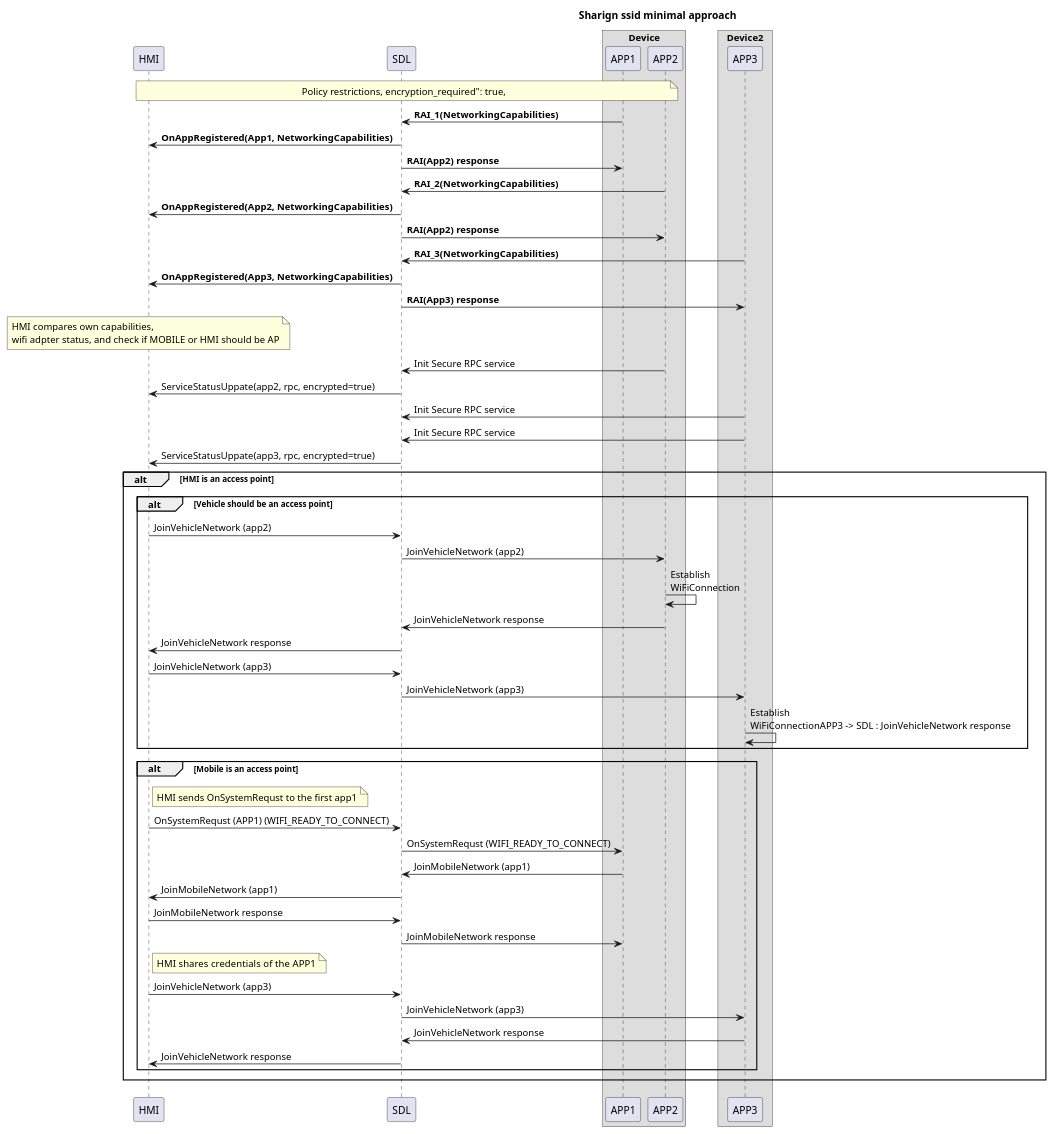
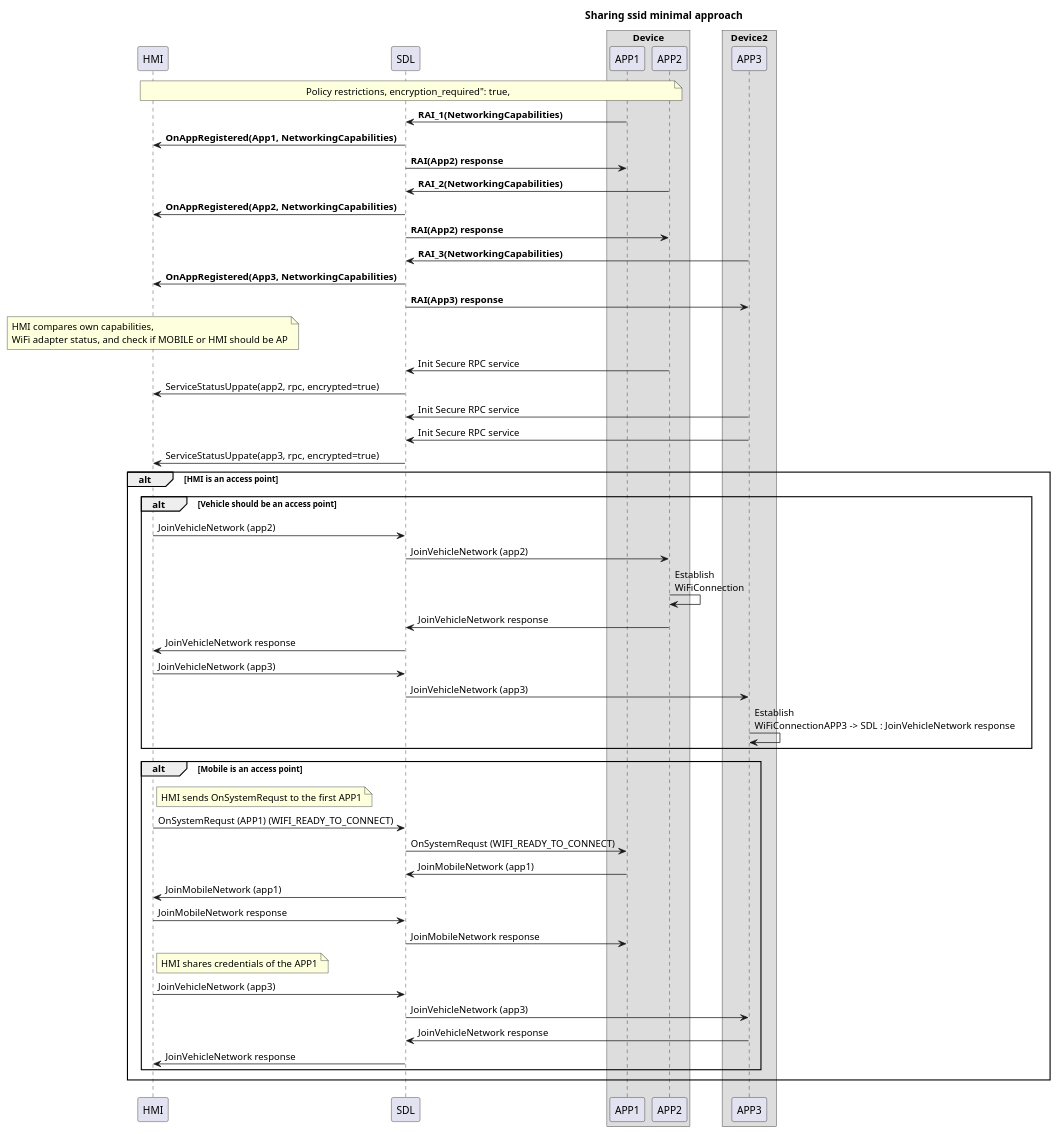
The diagram in assets/proposals/0245-sharing-wifi-ssid-and-password/minimal_approach.puml (smartdevicelink/sdl_evolution), drawn with PlantUML before and after one commit. The commit also changed 8 other files, not shown here.

```diff
--- a/assets/proposals/0245-sharing-wifi-ssid-and-password/minimal_approach.puml
+++ b/assets/proposals/0245-sharing-wifi-ssid-and-password/minimal_approach.puml
@@ -1,63 +1,63 @@
 @startuml
 !pragma teoz true
-title Sharign ssid minimal approach
+title Sharing ssid minimal approach
 participant HMI
 participant SDL
 
 box "Device"
 participant APP1
 participant APP2
 end box
 
 box "Device2"
 participant APP3
 endbox
 
 note over HMI, APP2:  Policy restrictions, encryption_required": true,
 APP1 -> SDL : <b>RAI_1(NetworkingCapabilities)
 SDL -> HMI : <b>OnAppRegistered(App1, NetworkingCapabilities)
 SDL -> APP1 : <b>RAI(App2) response
 APP2 -> SDL : <b>RAI_2(NetworkingCapabilities)
 SDL -> HMI : <b>OnAppRegistered(App2, NetworkingCapabilities)
 SDL -> APP2 : <b>RAI(App2) response
 APP3 -> SDL : <b>RAI_3(NetworkingCapabilities)
 SDL -> HMI : <b>OnAppRegistered(App3, NetworkingCapabilities)
 SDL -> APP3 : <b>RAI(App3) response
 note over HMI : HMI compares own capabilities,\n\
-wifi adpter status, and check if MOBILE or HMI should be AP
+WiFi adapter status, and check if MOBILE or HMI should be AP
 APP2 -> SDL : Init Secure RPC service
 SDL -> HMI : ServiceStatusUppate(app2, rpc, encrypted=true)
 APP3 -> SDL : Init Secure RPC service
 APP3 -> SDL : Init Secure RPC service
 SDL -> HMI : ServiceStatusUppate(app3, rpc, encrypted=true)
 
 alt HMI is an access point
 
 alt Vehicle should be an access point
 HMI -> SDL : JoinVehicleNetwork (app2)
 SDL -> APP2 : JoinVehicleNetwork (app2)
 APP2 -> APP2 : Establish \n\
 WiFiConnection
 APP2 -> SDL : JoinVehicleNetwork response
 SDL -> HMI : JoinVehicleNetwork response
 HMI -> SDL : JoinVehicleNetwork (app3)
 SDL -> APP3 : JoinVehicleNetwork (app3)
 APP3 -> APP3 : Establish \n\
 WiFiConnectionAPP3 -> SDL : JoinVehicleNetwork response
 end
 
 alt Mobile is an access point
-note right HMI :  HMI sends OnSystemRequst to the first app1
+note right HMI :  HMI sends OnSystemRequst to the first APP1
 HMI -> SDL : OnSystemRequst (APP1) (WIFI_READY_TO_CONNECT)
 SDL -> APP1 : OnSystemRequst (WIFI_READY_TO_CONNECT)
 APP1 -> SDL : JoinMobileNetwork (app1)
 SDL -> HMI : JoinMobileNetwork (app1)
 HMI -> SDL : JoinMobileNetwork response
 SDL -> APP1 : JoinMobileNetwork response
-note right HMI :  HMI shares  credentials of the APP1
+note right HMI :  HMI shares credentials of the APP1
 HMI -> SDL : JoinVehicleNetwork (app3)
 SDL -> APP3 : JoinVehicleNetwork (app3)
 APP3 -> SDL : JoinVehicleNetwork response
 SDL -> HMI : JoinVehicleNetwork response
 end
 @enduml
```
